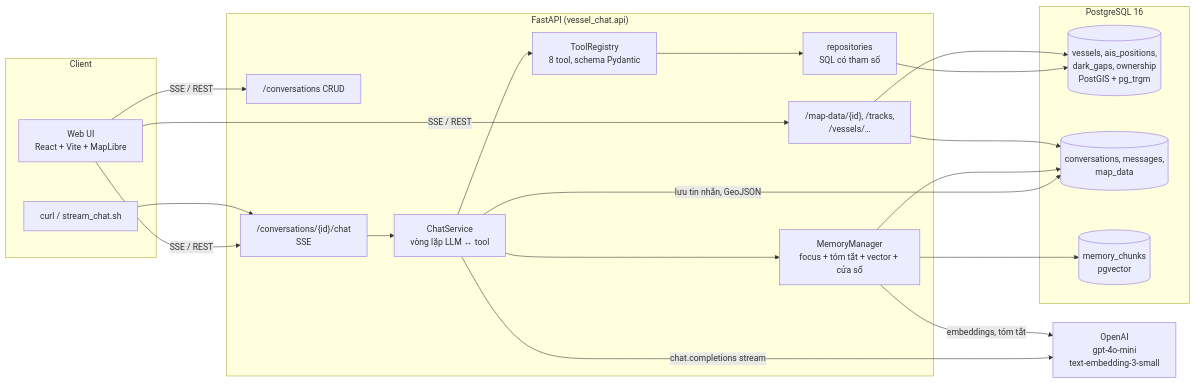
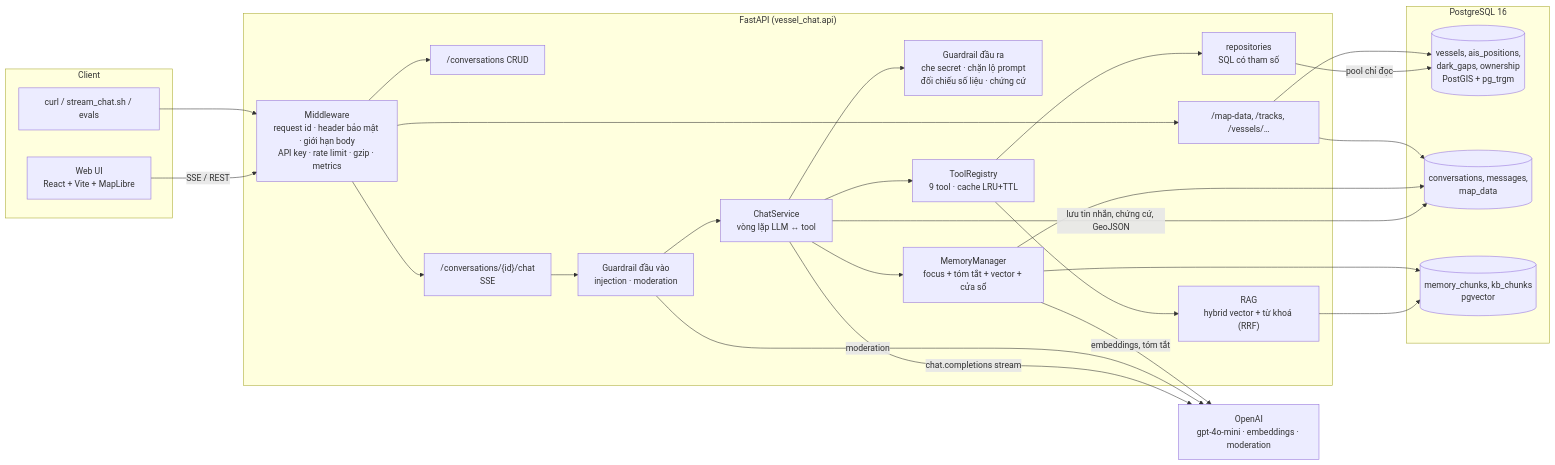
One commit to theluu/Rag-VegaStar changed the first of 3 diagrams in docs/architecture.md. Above: the diagram before and after it, drawn with Mermaid. The commit also changed other lines of this file and 5 other files, not shown here.

First line of the commit message:
docs: document guardrails, evidence, RAG, evals, security and SEO/GEO

````diff
--- a/docs/architecture.md
+++ b/docs/architecture.md
@@ -5,36 +5,44 @@
 ```mermaid
 flowchart LR
   subgraph Client
     UI["Web UI<br/>React + Vite + MapLibre"]
-    CLI["curl / stream_chat.sh"]
+    CLI["curl / stream_chat.sh / evals"]
   end
 
   subgraph API["FastAPI (vessel_chat.api)"]
+    SEC["Middleware<br/>request id · header bảo mật · giới hạn body<br/>API key · rate limit · gzip · metrics"]
     R1["/conversations CRUD"]
     R2["/conversations/{id}/chat<br/>SSE"]
-    R3["/map-data/{id}, /tracks,<br/>/vessels/…"]
+    R3["/map-data, /tracks, /vessels/…"]
+    GI["Guardrail đầu vào<br/>injection · moderation"]
     CS["ChatService<br/>vòng lặp LLM ↔ tool"]
+    GO["Guardrail đầu ra<br/>che secret · chặn lộ prompt<br/>đối chiếu số liệu · chứng cứ"]
     MM["MemoryManager<br/>focus + tóm tắt + vector + cửa sổ"]
-    TR["ToolRegistry<br/>8 tool, schema Pydantic"]
+    TR["ToolRegistry<br/>9 tool · cache LRU+TTL"]
+    RAG["RAG<br/>hybrid vector + từ khoá (RRF)"]
     REPO["repositories<br/>SQL có tham số"]
   end
 
   subgraph PG["PostgreSQL 16"]
     D1[("vessels, ais_positions,<br/>dark_gaps, ownership<br/>PostGIS + pg_trgm")]
     D2[("conversations, messages,<br/>map_data")]
-    D3[("memory_chunks<br/>pgvector")]
+    D3[("memory_chunks, kb_chunks<br/>pgvector")]
   end
 
-  OAI["OpenAI<br/>gpt-4o-mini<br/>text-embedding-3-small"]
+  OAI["OpenAI<br/>gpt-4o-mini · embeddings · moderation"]
 
-  UI -- "SSE / REST" --> R1 & R2 & R3
-  CLI --> R2
-  R2 --> CS
+  UI -- "SSE / REST" --> SEC
+  CLI --> SEC
+  SEC --> R1 & R2 & R3
+  R2 --> GI --> CS
+  CS --> GO
   CS --> MM
-  CS --> TR --> REPO --> D1
-  CS -- "lưu tin nhắn, GeoJSON" --> D2
+  CS --> TR --> REPO -- "pool chỉ đọc" --> D1
+  TR --> RAG --> D3
+  CS -- "lưu tin nhắn, chứng cứ, GeoJSON" --> D2
   MM --> D2 & D3
   CS -- "chat.completions stream" --> OAI
+  GI -- "moderation" --> OAI
   MM -- "embeddings, tóm tắt" --> OAI
   R3 --> D1 & D2
 ```
````
